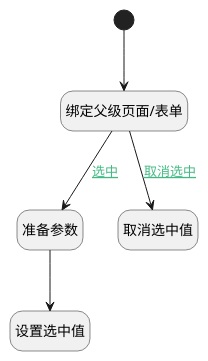
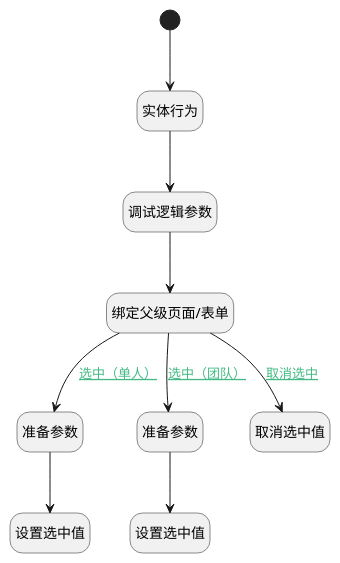
One commit to iBizLab/plm changed the diagram in doc/docsify/module/TestMgmt/review_stage/uilogic/choose_stage.md. Above: the diagram before and after it, drawn with PlantUML. The commit also changed other lines of this file and 2688 other files, not shown here.

````diff
--- a/doc/docsify/module/TestMgmt/review_stage/uilogic/choose_stage.md
+++ b/doc/docsify/module/TestMgmt/review_stage/uilogic/choose_stage.md
@@ -7,25 +7,33 @@
 ```plantuml
 @startuml
 hide footbox
 <style>
 root {
   HyperlinkColor #42b983
 }
 </style>
 
 hide empty description
 state "开始" as Begin <<start>> [[$./choose_stage#begin {开始}]]
+state "实体行为" as DEACTION1  [[$./choose_stage#deaction1 {实体行为}]]
 state "准备参数" as PREPAREJSPARAM2  [[$./choose_stage#preparejsparam2 {准备参数}]]
+state "调试逻辑参数" as DEBUGPARAM1  [[$./choose_stage#debugparam1 {调试逻辑参数}]]
 state "绑定父级页面/表单" as PREPAREJSPARAM1  [[$./choose_stage#preparejsparam1 {绑定父级页面/表单}]]
 state "设置选中值" as RAWJSCODE1  [[$./choose_stage#rawjscode1 {设置选中值}]]
+state "设置选中值" as RAWJSCODE3  [[$./choose_stage#rawjscode3 {设置选中值}]]
+state "准备参数" as PREPAREJSPARAM3  [[$./choose_stage#preparejsparam3 {准备参数}]]
 state "取消选中值" as RAWJSCODE2  [[$./choose_stage#rawjscode2 {取消选中值}]]
 
 
-Begin --> PREPAREJSPARAM1
-PREPAREJSPARAM1 --> PREPAREJSPARAM2 : [[$./choose_stage#preparejsparam1-preparejsparam2{选中} 选中]]
+Begin --> DEACTION1
+DEACTION1 --> DEBUGPARAM1
+DEBUGPARAM1 --> PREPAREJSPARAM1
+PREPAREJSPARAM1 --> PREPAREJSPARAM2 : [[$./choose_stage#preparejsparam1-preparejsparam2{选中（单人）} 选中（单人）]]
 PREPAREJSPARAM2 --> RAWJSCODE1
 PREPAREJSPARAM1 --> RAWJSCODE2 : [[$./choose_stage#preparejsparam1-rawjscode2{取消选中} 取消选中]]
+PREPAREJSPARAM1 --> PREPAREJSPARAM3 : [[$./choose_stage#preparejsparam1-preparejsparam3{选中（团队）} 选中（团队）]]
+PREPAREJSPARAM3 --> RAWJSCODE3
 
 
 @enduml
 ```
````
